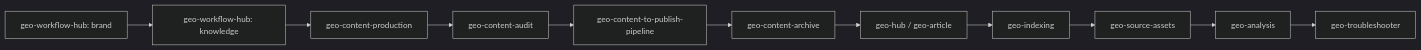
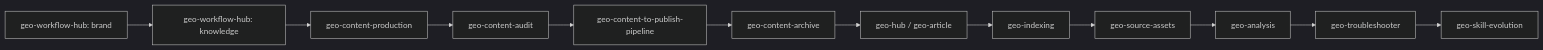
The diagram in README.md (chenshuke/geo-skills), drawn with Mermaid (dark theme) before and after one commit. The commit also changed other lines of this file and 9 other files, not shown here.

````diff
--- a/README.md
+++ b/README.md
@@ -188,13 +189,14 @@
 ```mermaid
 graph LR
     A[geo-workflow-hub: brand] --> B[geo-workflow-hub: knowledge]
     B --> C[geo-content-production]
     C --> D[geo-content-audit]
     D --> P[geo-content-to-publish-pipeline]
     P --> E[geo-content-archive]
     E --> F[geo-hub / geo-article]
     F --> G[geo-indexing]
     G --> S[geo-source-assets]
     S --> H[geo-analysis]
     H --> T[geo-troubleshooter]
+    T --> X[geo-skill-evolution]
 ```
````
